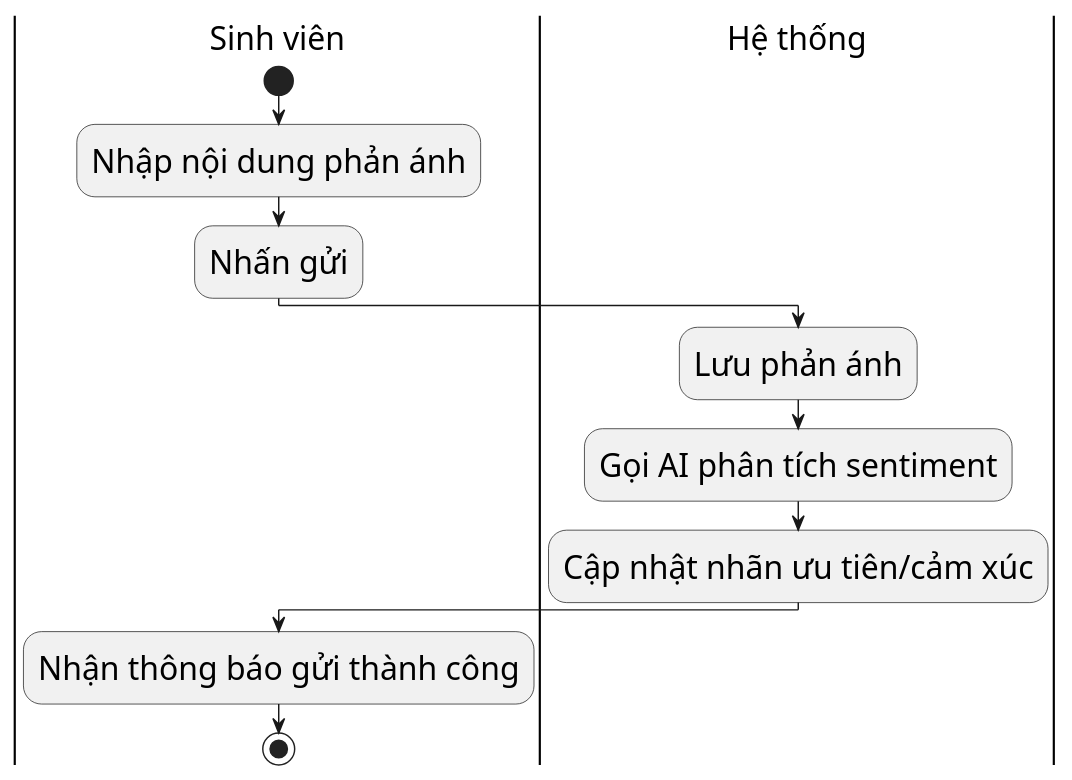
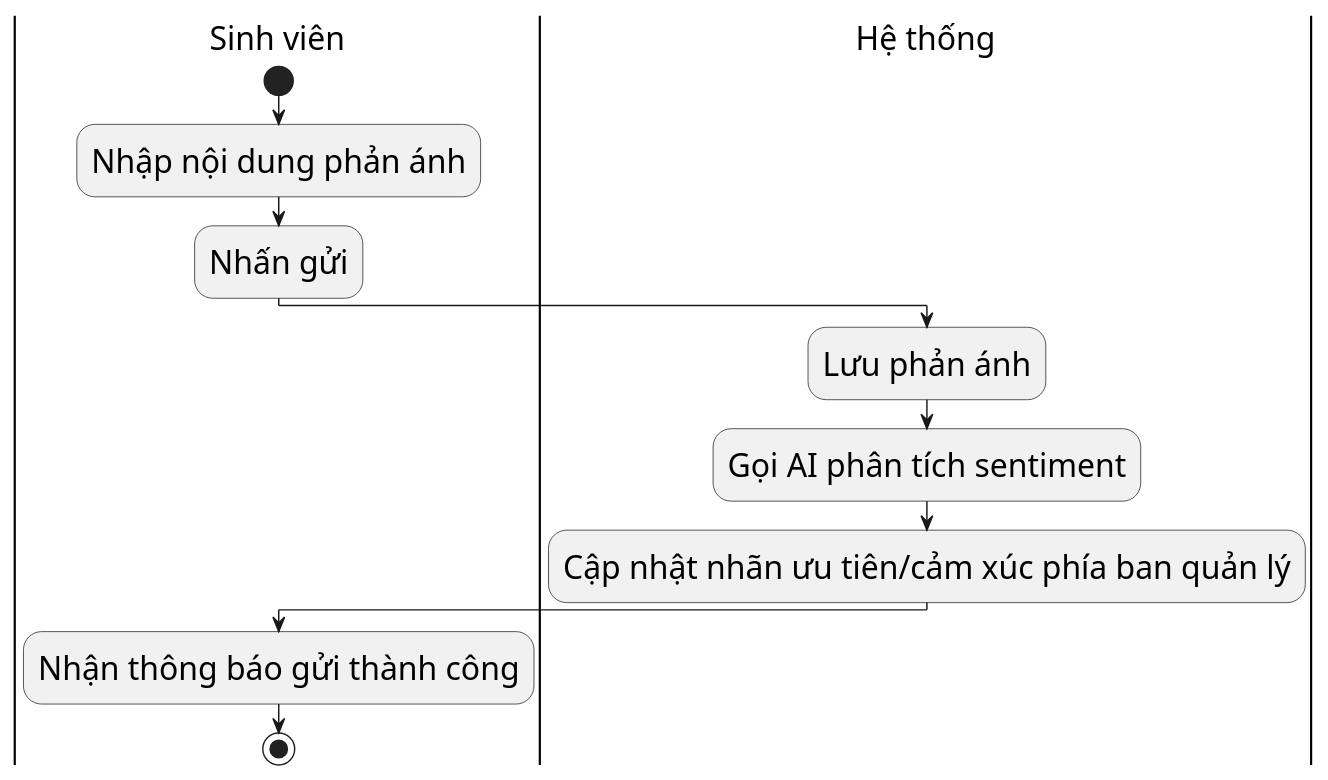
Before and after one commit to s0nbuildtech287/dormitory-frontend: the diagram in diagrams/nhomphananh/feedback_create_ai_activity.puml, drawn with PlantUML. The commit also changed 7 other files, not shown here.

```diff
--- a/diagrams/nhomphananh/feedback_create_ai_activity.puml
+++ b/diagrams/nhomphananh/feedback_create_ai_activity.puml
@@ -1,15 +1,15 @@
 @startuml "Feedback Create AI Activity"
 skinparam defaultFontSize 22
 skinparam defaultFontName "Times New Roman"
 |Sinh viên|
 start
 :Nhập nội dung phản ánh;
 :Nhấn gửi;
 |Hệ thống|
 :Lưu phản ánh;
 :Gọi AI phân tích sentiment;
-:Cập nhật nhãn ưu tiên/cảm xúc;
+:Cập nhật nhãn ưu tiên/cảm xúc phía ban quản lý;
 |Sinh viên|
 :Nhận thông báo gửi thành công;
 stop
 @enduml
```
